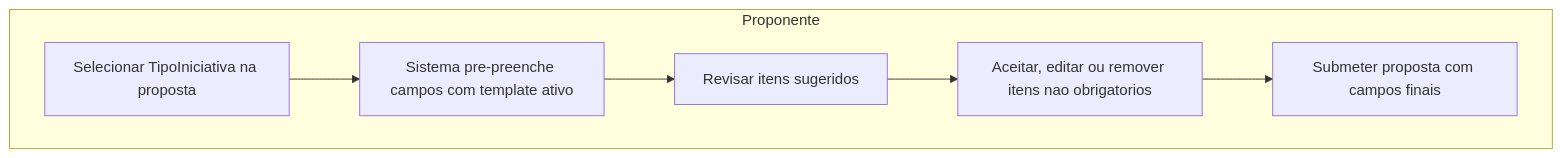
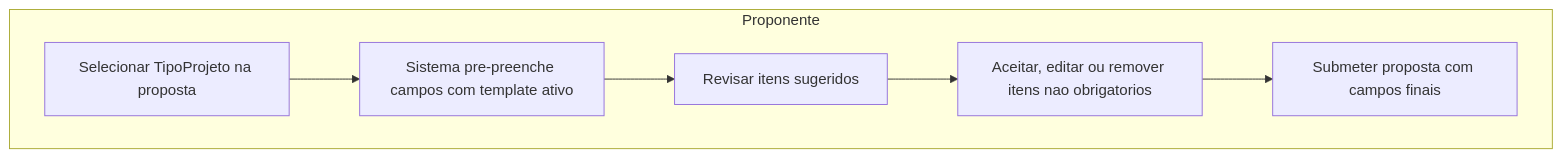
The second of 2 diagrams in docs/implementation/modules/M008-cadastros-corporativos/instituicoes/proposta-templates-tipo-iniciativa.md (Czzped/conecta-fapes-teste), drawn with Mermaid before and after one commit. The commit also changed other lines of this file and 6 other files, not shown here.

First line of the commit message:
refactor(M011,M008): renomeia TipoIniciativa para TipoProjeto

````diff
--- a/docs/implementation/modules/M008-cadastros-corporativos/instituicoes/proposta-templates-tipo-iniciativa.md
+++ b/docs/implementation/modules/M008-cadastros-corporativos/instituicoes/proposta-templates-tipo-iniciativa.md
@@ -119,12 +119,12 @@
 ```mermaid
 flowchart TD
     subgraph Proponente[Proponente]
-        A[Selecionar TipoIniciativa na proposta]
+        A[Selecionar TipoProjeto na proposta]
         B[Sistema pre-preenche campos com template ativo]
         C[Revisar itens sugeridos]
         D[Aceitar, editar ou remover itens nao obrigatorios]
         E[Submeter proposta com campos finais]
     end
 
     A --> B --> C --> D --> E
 ```
````
